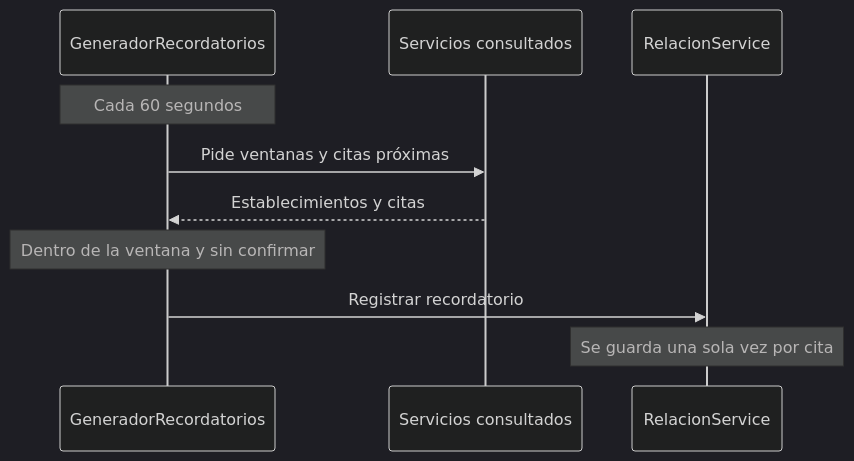
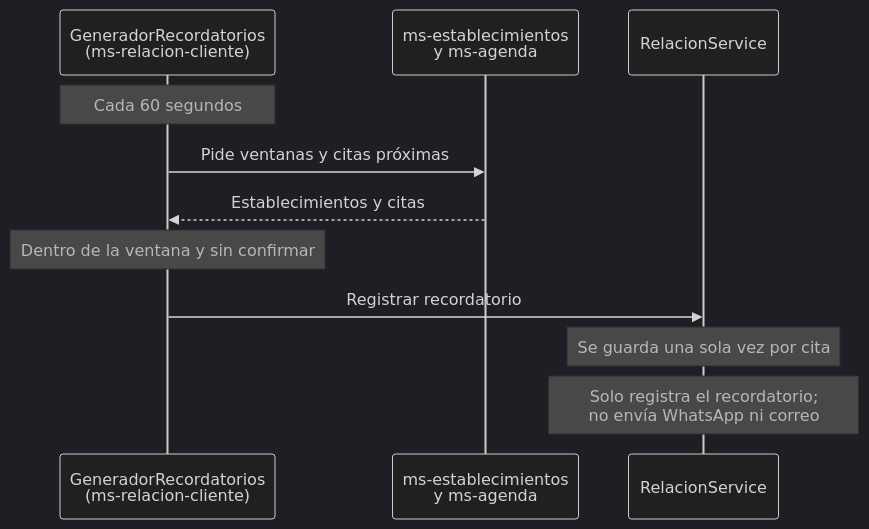
Before and after one commit to SANTZ66/AGENDAPP: the diagram in docs/diagramas/fuente/04a-recordatorio.mmd, drawn with Mermaid (dark theme). The commit also changed 5 other files, not shown here.

Commit message:
Ajusta diagramas 04a (nombres y nota de alcance) y 03b (nota de validacion)

```diff
--- a/docs/diagramas/fuente/04a-recordatorio.mmd
+++ b/docs/diagramas/fuente/04a-recordatorio.mmd
@@ -1,10 +1,11 @@
 sequenceDiagram
-  participant J as GeneradorRecordatorios
-  participant C as Servicios consultados
+  participant J as GeneradorRecordatorios<br/>(ms-relacion-cliente)
+  participant C as ms-establecimientos<br/>y ms-agenda
   participant S as RelacionService
   Note over J: Cada 60 segundos
   J->>C: Pide ventanas y citas próximas
   C-->>J: Establecimientos y citas
   Note over J: Dentro de la ventana y sin confirmar
   J->>S: Registrar recordatorio
   Note over S: Se guarda una sola vez por cita
+  Note over S: Solo registra el recordatorio#59;<br/>no envía WhatsApp ni correo
```
